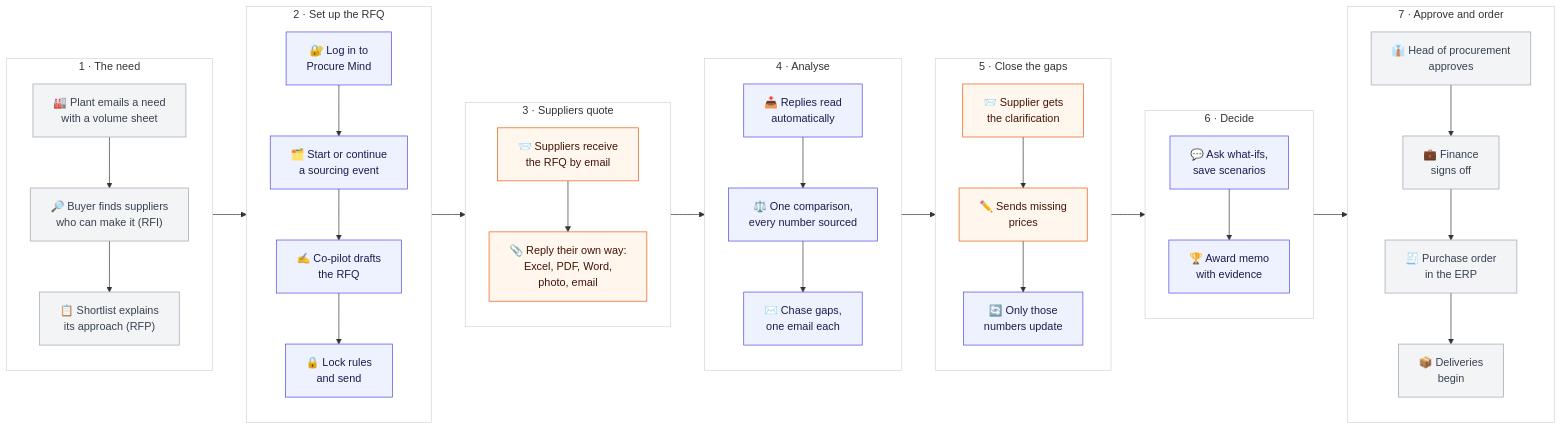
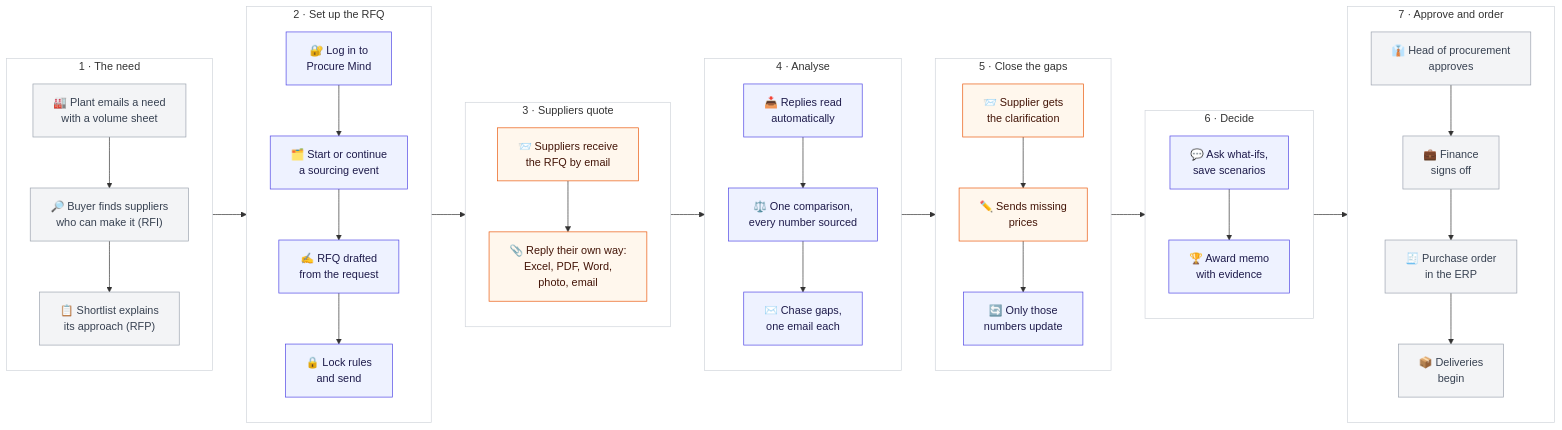
One commit to pavan-vepada/ProcureMind changed the first of 2 diagrams in docs/02-user-journeys.md. Above: the diagram before and after it, drawn with Mermaid. The commit also changed other lines of this file and 68 other files, not shown here.

````diff
--- a/docs/02-user-journeys.md
+++ b/docs/02-user-journeys.md
@@ -11,46 +11,46 @@
 ```mermaid
 flowchart LR
   subgraph PH1["1 · The need"]
     direction TB
     N1["🏭 Plant emails a need<br/>with a volume sheet"] --> N2["🔎 Buyer finds suppliers<br/>who can make it (RFI)"] --> N3["📋 Shortlist explains<br/>its approach (RFP)"]
   end
   subgraph PH2["2 · Set up the RFQ"]
     direction TB
-    P0["🔐 Log in to<br/>Procure Mind"] --> P1["🗂️ Start or continue<br/>a sourcing event"] --> P2["✍️ Co-pilot drafts<br/>the RFQ"] --> P3["🔒 Lock rules<br/>and send"]
+    P0["🔐 Log in to<br/>Procure Mind"] --> P1["🗂️ Start or continue<br/>a sourcing event"] --> P2["✍️ RFQ drafted<br/>from the request"] --> P3["🔒 Lock rules<br/>and send"]
   end
   subgraph PH3["3 · Suppliers quote"]
     direction TB
     S1["📨 Suppliers receive<br/>the RFQ by email"] --> S2["📎 Reply their own way:<br/>Excel, PDF, Word,<br/>photo, email"]
   end
   subgraph PH4["4 · Analyse"]
     direction TB
     P4["📥 Replies read<br/>automatically"] --> P5["⚖️ One comparison,<br/>every number sourced"] --> P6["✉️ Chase gaps,<br/>one email each"]
   end
   subgraph PH5["5 · Close the gaps"]
     direction TB
     S3["📨 Supplier gets<br/>the clarification"] --> S4["✏️ Sends missing<br/>prices"] --> P9["🔄 Only those<br/>numbers update"]
   end
   subgraph PH6["6 · Decide"]
     direction TB
     P7["💬 Ask what-ifs,<br/>save scenarios"] --> P8["🏆 Award memo<br/>with evidence"]
   end
   subgraph PH7["7 · Approve and order"]
     direction TB
     A1["👔 Head of procurement<br/>approves"] --> A2["💼 Finance<br/>signs off"] --> A3["🧾 Purchase order<br/>in the ERP"] --> A4["📦 Deliveries<br/>begin"]
   end
   PH1 --> PH2 --> PH3 --> PH4 --> PH5 --> PH6 --> PH7
 
   classDef inside fill:#eef2ff,stroke:#4f46e5,color:#1e1b4b
   classDef outside fill:#f3f4f6,stroke:#9ca3af,color:#374151
   classDef supplier fill:#fff7ed,stroke:#ea580c,color:#431407
   class P0,P1,P2,P3,P4,P5,P6,P7,P8,P9 inside
   class N1,N2,N3,A1,A2,A3,A4 outside
   class S1,S2,S3,S4 supplier
   style PH1 fill:#ffffff,stroke:#d1d5db
   style PH2 fill:#ffffff,stroke:#d1d5db
   style PH3 fill:#ffffff,stroke:#d1d5db
   style PH4 fill:#ffffff,stroke:#d1d5db
   style PH5 fill:#ffffff,stroke:#d1d5db
   style PH6 fill:#ffffff,stroke:#d1d5db
   style PH7 fill:#ffffff,stroke:#d1d5db
 ```
````
